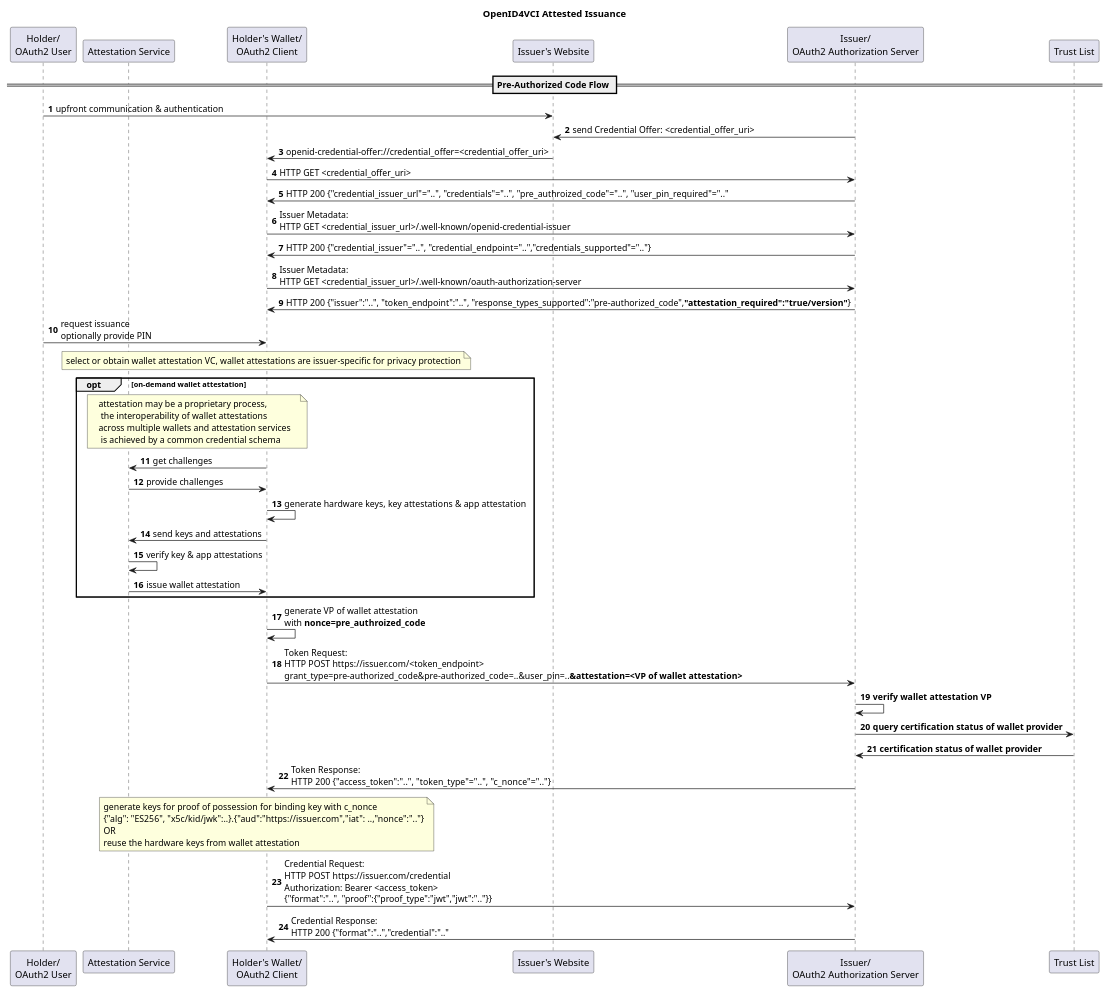
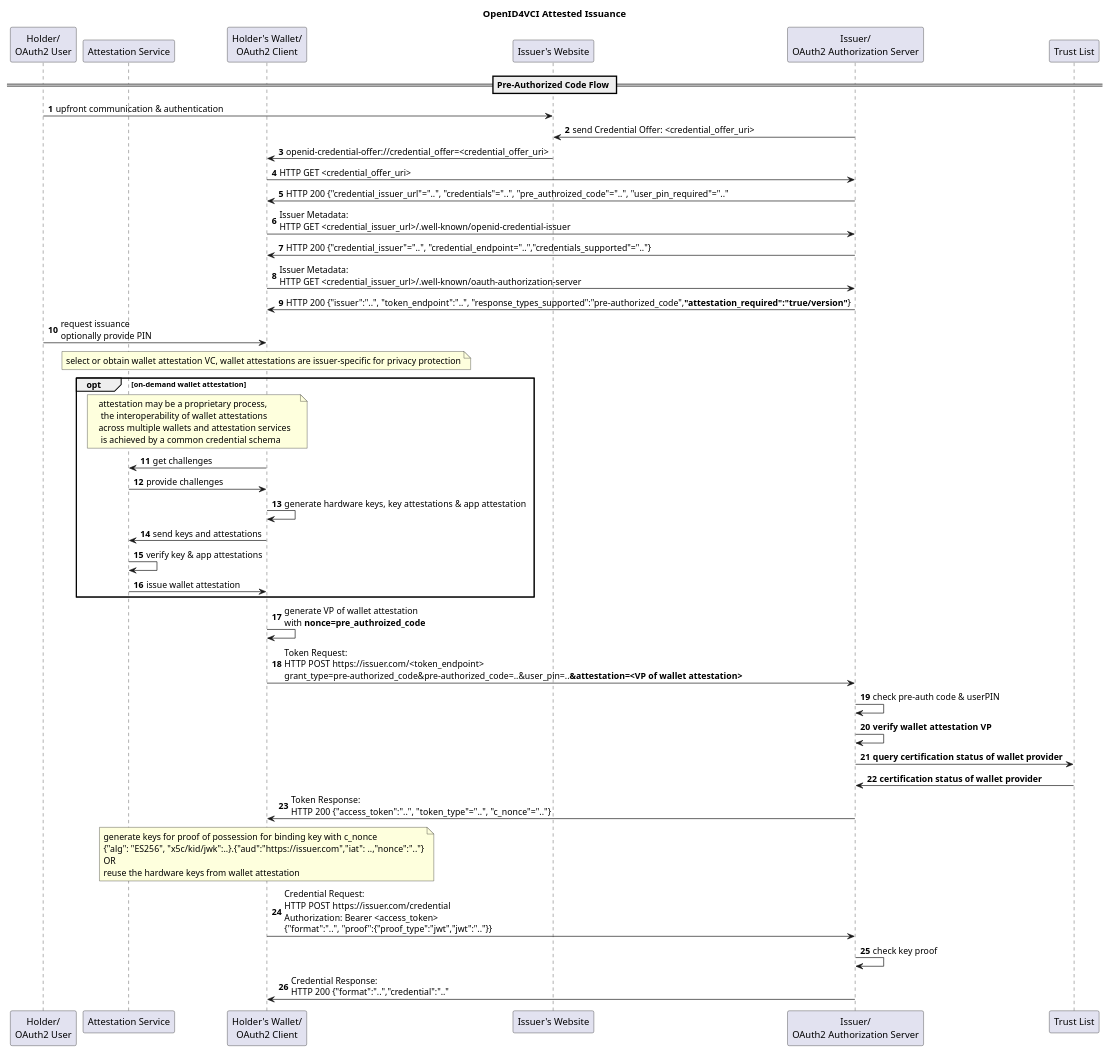
Before and after one commit to IDunion/hackathon: the diagram in Attestation/issuance_flow.puml, drawn with PlantUML.

```diff
--- a/Attestation/issuance_flow.puml
+++ b/Attestation/issuance_flow.puml
@@ -1,55 +1,57 @@
 @startuml
 'https://plantuml.com/sequence-diagram
 
 title OpenID4VCI Attested Issuance
 
 autonumber
 
 participant u as "Holder/\nOAuth2 User"
 participant a as "Attestation Service"
 participant w as "Holder's Wallet/\nOAuth2 Client"
 participant b as "Issuer's Website"
 participant i as "Issuer/\nOAuth2 Authorization Server"
 participant t as "Trust List"
 
 == Pre-Authorized Code Flow ==
 u -> b : upfront communication & authentication
 
 i -> b : send Credential Offer: <credential_offer_uri>
 b -> w : openid-credential-offer://credential_offer=<credential_offer_uri>
 
 w -> i : HTTP GET <credential_offer_uri>
 i -> w : HTTP 200 {"credential_issuer_url"="..", "credentials"="..", "pre_authroized_code"="..", "user_pin_required"=".."
 
 w -> i : Issuer Metadata:\nHTTP GET <credential_issuer_url>/.well-known/openid-credential-issuer
 i -> w : HTTP 200 {"credential_issuer"="..", "credential_endpoint="..","credentials_supported"=".."}
 
 w -> i : Issuer Metadata:\nHTTP GET <credential_issuer_url>/.well-known/oauth-authorization-server
 i -> w : HTTP 200 {"issuer":"..", "token_endpoint":"..", "response_types_supported":"pre-authorized_code",**"attestation_required":"true/version"**}
 
 u -> w : request issuance\noptionally provide PIN
 
 note over w: select or obtain wallet attestation VC, wallet attestations are issuer-specific for privacy protection
 opt on-demand wallet attestation
 note over w,a: attestation may be a proprietary process,\n the interoperability of wallet attestations\nacross multiple wallets and attestation services\n is achieved by a common credential schema
 w -> a : get challenges
 a -> w : provide challenges
 w -> w : generate hardware keys, key attestations & app attestation
 w -> a : send keys and attestations
 a -> a : verify key & app attestations
 a -> w : issue wallet attestation
 end
 
 w -> w : generate VP of wallet attestation\nwith **nonce=pre_authroized_code**
 
 w -> i : Token Request:\nHTTP POST https://issuer.com/<token_endpoint>\ngrant_type=pre-authorized_code&pre-authorized_code=..&user_pin=..**&attestation=<VP of wallet attestation>**
+i -> i : check pre-auth code & userPIN
 i -> i : **verify wallet attestation VP**
 i -> t : **query certification status of wallet provider**
 t -> i : **certification status of wallet provider**
 i -> w : Token Response:\nHTTP 200  {"access_token":"..", "token_type"="..", "c_nonce"=".."}
 
 note over w : generate keys for proof of possession for binding key with c_nonce\n{"alg": "ES256", "x5c/kid/jwk":..}.{"aud":"https://issuer.com","iat": ..,"nonce":".."}\nOR\nreuse the hardware keys from wallet attestation
 w -> i : Credential Request:\nHTTP POST https://issuer.com/credential\nAuthorization: Bearer <access_token>\n{"format":"..", "proof":{"proof_type":"jwt","jwt":".."}}
+i -> i : check key proof
 i -> w : Credential Response:\nHTTP 200 {"format":"..","credential":".."
 
 @enduml
```
